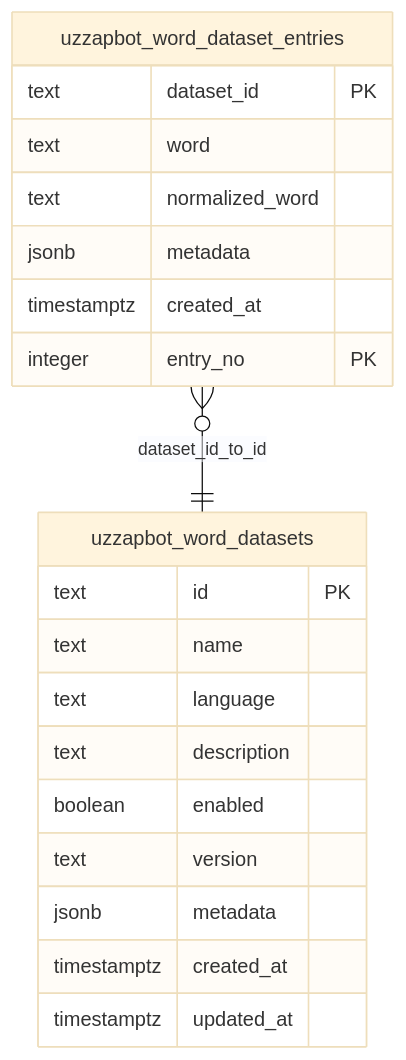
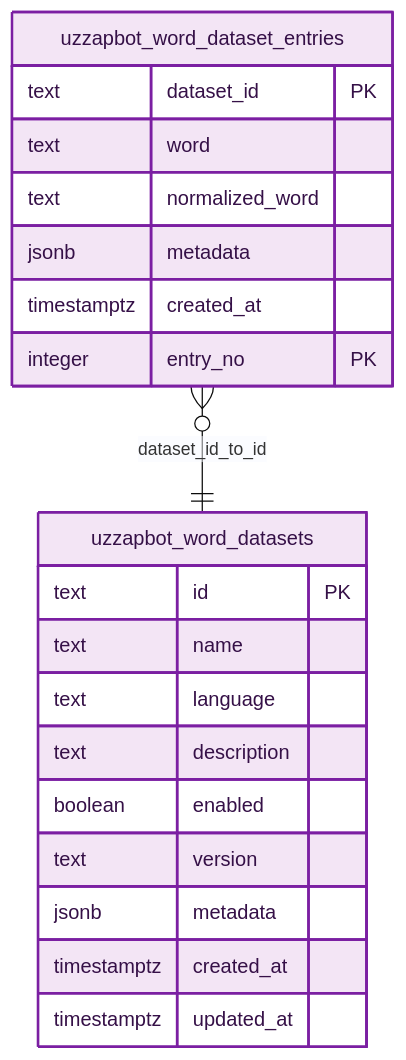
One commit to cyanideph/UzzapAndroid changed the fourth of 4 diagrams in docs/DATABASE.md. Above: the diagram before and after it, drawn with Mermaid (base theme). The commit also changed other lines of this file, not shown here.

Commit message:
docs: add Uzzap theme colors to database diagrams

````diff
--- a/docs/DATABASE.md
+++ b/docs/DATABASE.md
@@ -546,24 +591,27 @@
 ```mermaid
 erDiagram
     uzzapbot_word_datasets {
         text id PK
         text name
         text language
         text description
         boolean enabled
         text version
         jsonb metadata
         timestamptz created_at
         timestamptz updated_at
     }
     uzzapbot_word_dataset_entries {
         text dataset_id PK
         text word
         text normalized_word
         jsonb metadata
         timestamptz created_at
         integer entry_no PK
     }
 
     uzzapbot_word_dataset_entries }o--|| uzzapbot_word_datasets : dataset_id_to_id
+
+    classDef wordhunt fill:#F3E5F5,stroke:#7B1FA2,stroke-width:2px,color:#351047
+    class uzzapbot_word_datasets,uzzapbot_word_dataset_entries wordhunt
 ```
````
